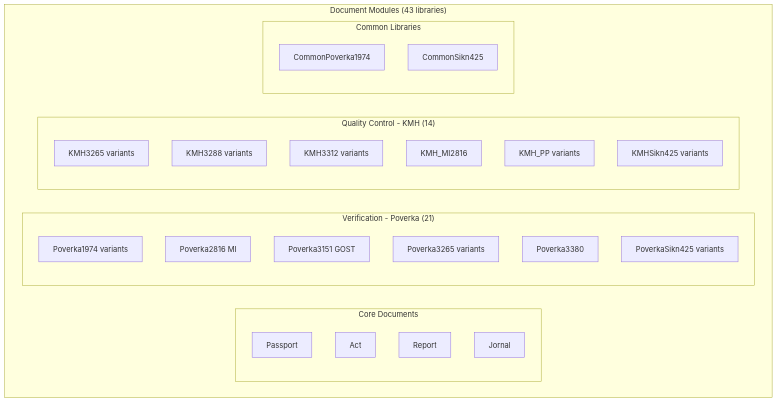
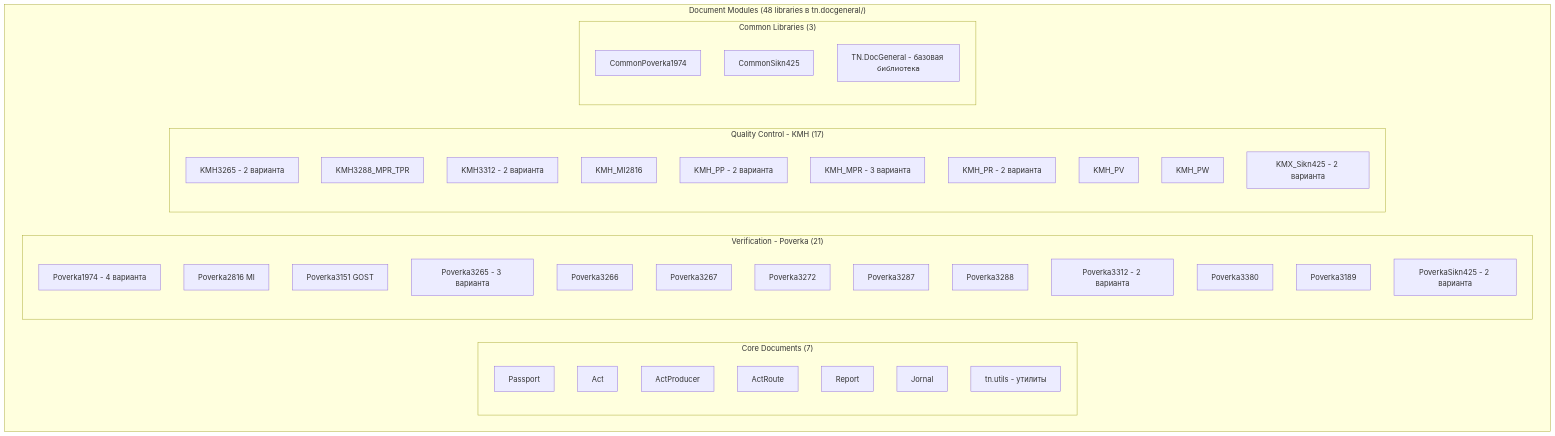
Before and after one commit to tn-ivk/tn-doc: the fourth of 10 diagrams in docs/architecture/document-modules.md, drawn with Mermaid. The commit also changed other lines of this file and 6 other files, not shown here.

````diff
--- a/docs/architecture/document-modules.md
+++ b/docs/architecture/document-modules.md
@@ -99,34 +250,49 @@
 ```mermaid
 graph TB
-    subgraph "Document Modules (43 libraries)"
-        subgraph "Core Documents"
+    subgraph "Document Modules (48 libraries в tn.docgeneral/)"
+        subgraph "Core Documents (7)"
             Passport[Passport]
             Act[Act]
+            ActProducer[ActProducer]
+            ActRoute[ActRoute]
             Report[Report]
             Jornal[Jornal]
+            Utils[tn.utils - утилиты]
         end
 
         subgraph "Verification - Poverka (21)"
-            P1974[Poverka1974 variants]
+            P1974[Poverka1974 - 4 варианта]
             P2816[Poverka2816 MI]
             P3151[Poverka3151 GOST]
-            P3265[Poverka3265 variants]
+            P3265[Poverka3265 - 3 варианта]
+            P3266[Poverka3266]
+            P3267[Poverka3267]
+            P3272[Poverka3272]
+            P3287[Poverka3287]
+            P3288[Poverka3288]
+            P3312[Poverka3312 - 2 варианта]
             P3380[Poverka3380]
-            PSikn[PoverkaSikn425 variants]
+            P3189[Poverka3189]
+            PSikn[PoverkaSikn425 - 2 варианта]
         end
 
-        subgraph "Quality Control - KMH (14)"
-            KMH3265[KMH3265 variants]
-            KMH3288[KMH3288 variants]
-            KMH3312[KMH3312 variants]
+        subgraph "Quality Control - KMH (17)"
+            KMH3265[KMH3265 - 2 варианта]
+            KMH3288[KMH3288_MPR_TPR]
+            KMH3312[KMH3312 - 2 варианта]
             KMHMI[KMH_MI2816]
-            KMHPP[KMH_PP variants]
-            KMHSikn[KMHSikn425 variants]
+            KMHPP[KMH_PP - 2 варианта]
+            KMHMPR[KMH_MPR - 3 варианта]
+            KMHPR[KMH_PR - 2 варианта]
+            KMHPV[KMH_PV]
+            KMHPW[KMH_PW]
+            KMXSikn[KMX_Sikn425 - 2 варианта]
         end
 
-        subgraph "Common Libraries"
+        subgraph "Common Libraries (3)"
             Common1974[CommonPoverka1974]
             CommonSikn[CommonSikn425]
+            General[TN.DocGeneral - базовая библиотека]
         end
     end
 ```
````
